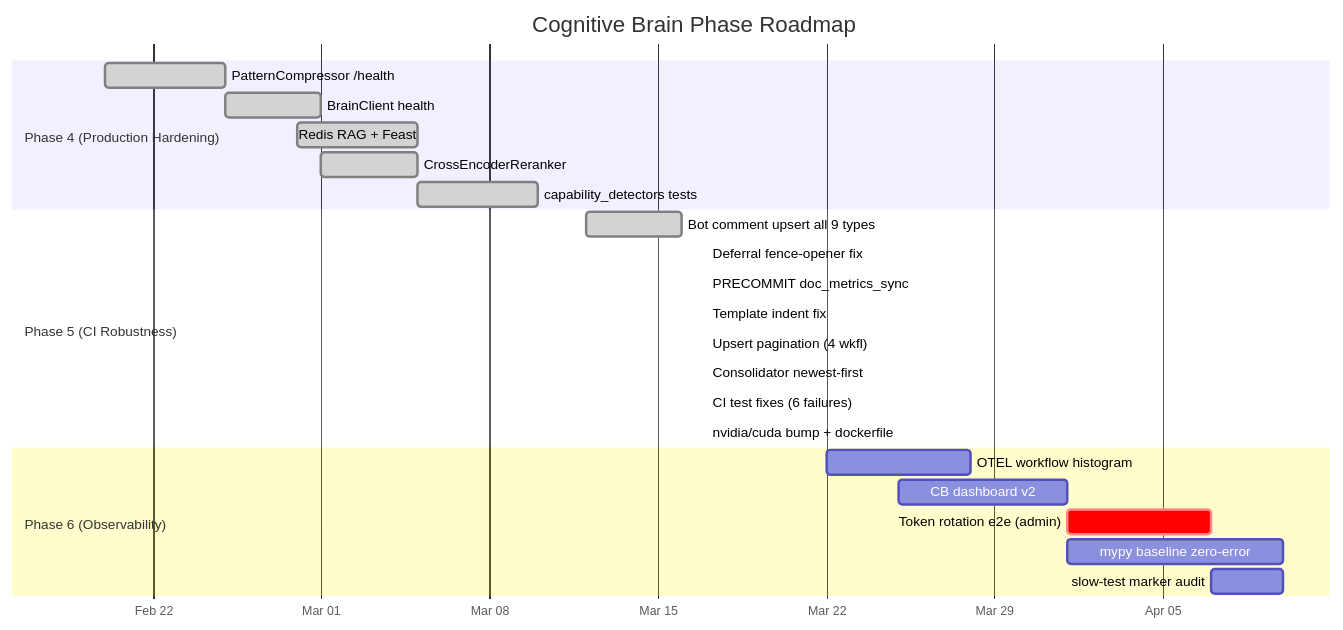
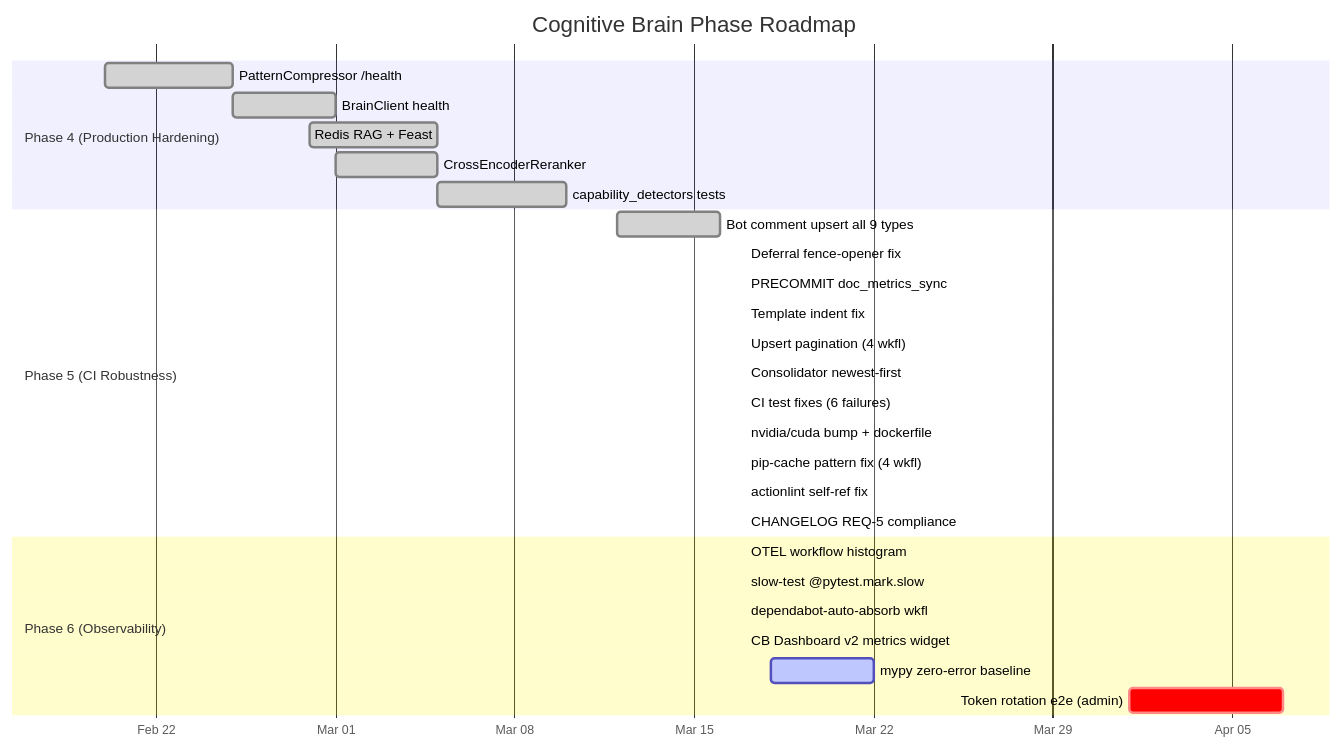
One commit to Aries-Serpent/_codex_ changed the second of 3 diagrams in docs/cognitive_brain/status/COGNITIVE_BRAIN_STATUS_PR3610.md. Above: the diagram before and after it, drawn with Mermaid. The commit also changed other lines of this file and 10 other files, not shown here.

Commit message:
fix: S141 — pip-cache pattern (4 workflows), actionlint self-ref, OTEL histogram, slow markers, dependabot-auto-absorb, CHANGELOG REQ-5

````diff
--- a/docs/cognitive_brain/status/COGNITIVE_BRAIN_STATUS_PR3610.md
+++ b/docs/cognitive_brain/status/COGNITIVE_BRAIN_STATUS_PR3610.md
@@ -105,30 +105,34 @@
 ```mermaid
 gantt
     title Cognitive Brain Phase Roadmap
     dateFormat  YYYY-MM-DD
     axisFormat  %b %d
 
     section Phase 4 (Production Hardening)
     PatternCompressor /health     :done, p4a, 2026-02-20, 2026-02-25
     BrainClient health            :done, p4b, 2026-02-25, 2026-03-01
     Redis RAG + Feast             :done, p4c, 2026-02-28, 2026-03-05
     CrossEncoderReranker          :done, p4d, 2026-03-01, 2026-03-05
     capability_detectors tests    :done, p4e, 2026-03-05, 2026-03-10
 
     section Phase 5 (CI Robustness)
     Bot comment upsert all 9 types :done, p5a, 2026-03-12, 2026-03-16
     Deferral fence-opener fix      :done, p5b, 2026-03-17, 2026-03-17
     PRECOMMIT doc_metrics_sync     :done, p5c, 2026-03-17, 2026-03-17
     Template indent fix            :done, p5d, 2026-03-17, 2026-03-17
     Upsert pagination (4 wkfl)     :done, p5e, 2026-03-17, 2026-03-17
     Consolidator newest-first      :done, p5f, 2026-03-17, 2026-03-17
     CI test fixes (6 failures)     :done, p5g, 2026-03-17, 2026-03-17
     nvidia/cuda bump + dockerfile  :done, p5h, 2026-03-17, 2026-03-17
+    pip-cache pattern fix (4 wkfl) :done, p5i, 2026-03-17, 2026-03-17
+    actionlint self-ref fix        :done, p5j, 2026-03-17, 2026-03-17
+    CHANGELOG REQ-5 compliance     :done, p5k, 2026-03-17, 2026-03-17
 
     section Phase 6 (Observability)
-    OTEL workflow histogram        :p6a, 2026-03-22, 2026-03-28
-    CB dashboard v2                :p6b, 2026-03-25, 2026-04-01
-    Token rotation e2e (admin)     :crit, p6c, 2026-04-01, 2026-04-07
-    mypy baseline zero-error       :p6d, 2026-04-01, 2026-04-10
-    slow-test marker audit         :p6e, 2026-04-07, 2026-04-10
+    OTEL workflow histogram        :done, p6a, 2026-03-17, 2026-03-17
+    slow-test @pytest.mark.slow    :done, p6b, 2026-03-17, 2026-03-17
+    dependabot-auto-absorb wkfl    :done, p6c, 2026-03-17, 2026-03-17
+    CB Dashboard v2 metrics widget :done, p6d, 2026-03-17, 2026-03-17
+    mypy zero-error baseline       :active, p6e, 2026-03-18, 2026-03-22
+    Token rotation e2e (admin)     :crit, p6f, 2026-04-01, 2026-04-07
 ```
````
